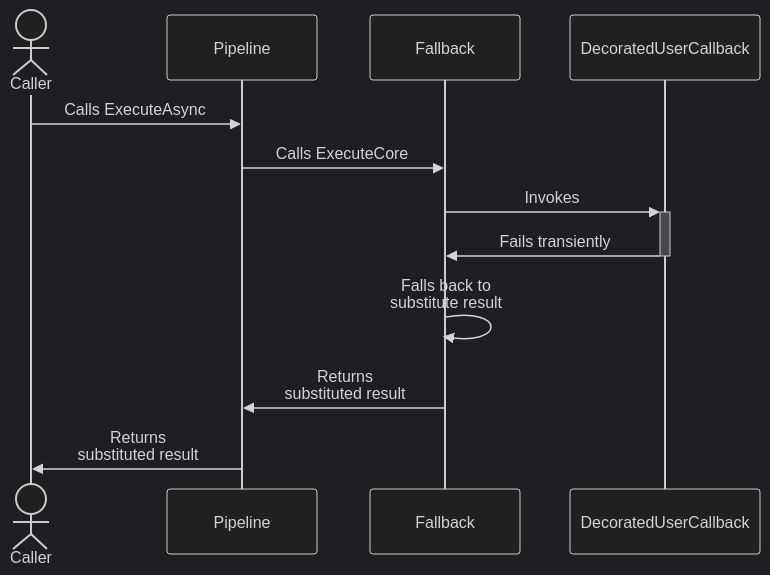
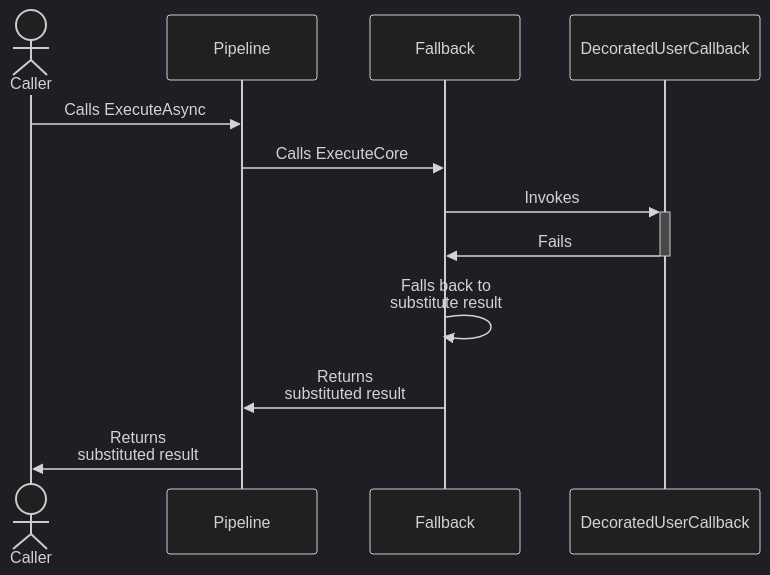
The second of 2 diagrams in docs/strategies/fallback.md (App-vNext/Polly), drawn with Mermaid before and after one commit. The commit also changed 2 other files, not shown here.

Commit message:
Adjust mermaid diagrams based on feedbacks

````diff
--- a/docs/strategies/fallback.md
+++ b/docs/strategies/fallback.md
@@ -90,16 +90,16 @@
 ```mermaid
 %%{init: {'theme':'dark'}}%%
 sequenceDiagram
     actor C as Caller
     participant P as Pipeline
     participant F as Fallback
     participant D as DecoratedUserCallback
 
     C->>P: Calls ExecuteAsync
     P->>F: Calls ExecuteCore
     F->>+D: Invokes
-    D->>-F: Fails transiently
+    D->>-F: Fails
     F->>F: Falls back to<br/>substitute result
     F->>P: Returns <br/>substituted result
     P->>C: Returns <br/>substituted result
 ```
````
